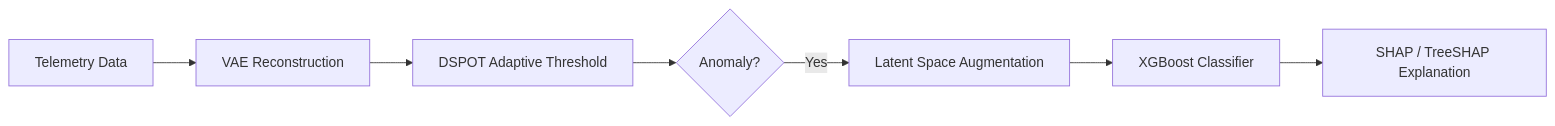
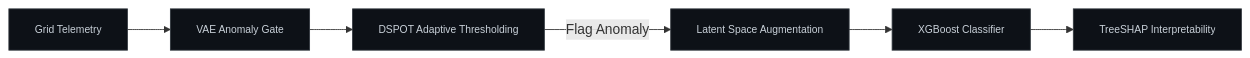
One commit to PSaanviBhat/PSaanviBhat changed the second of 9 diagrams in README.md. Above: the diagram before and after it, drawn with Mermaid. The commit also changed other lines of this file, not shown here.

````diff
--- a/README.md
+++ b/README.md
@@ -151,9 +128,9 @@
 ```mermaid
 graph LR
-  Telemetry[Telemetry Data] --> VAE[VAE Reconstruction]
-  VAE --> DSPOT[DSPOT Adaptive Threshold]
-  DSPOT --> Anomaly{Anomaly?}
-  Anomaly -- Yes --> LatentAug[Latent Space Augmentation]
-  LatentAug --> XGBoost[XGBoost Classifier]
-  XGBoost --> SHAP[SHAP / TreeSHAP Explanation]
+  classDef default fill:#0d1117,stroke:#30363d,stroke-width:1px,color:#c9d1d9,font-size:12px;
+  Telemetry[Grid Telemetry] --> VAE[VAE Anomaly Gate]
+  VAE --> DSPOT[DSPOT Adaptive Thresholding]
+  DSPOT -- Flag Anomaly --> Latent[Latent Space Augmentation]
+  Latent --> XGB[XGBoost Classifier]
+  XGB --> SHAP[TreeSHAP Interpretability]
 ```
````
